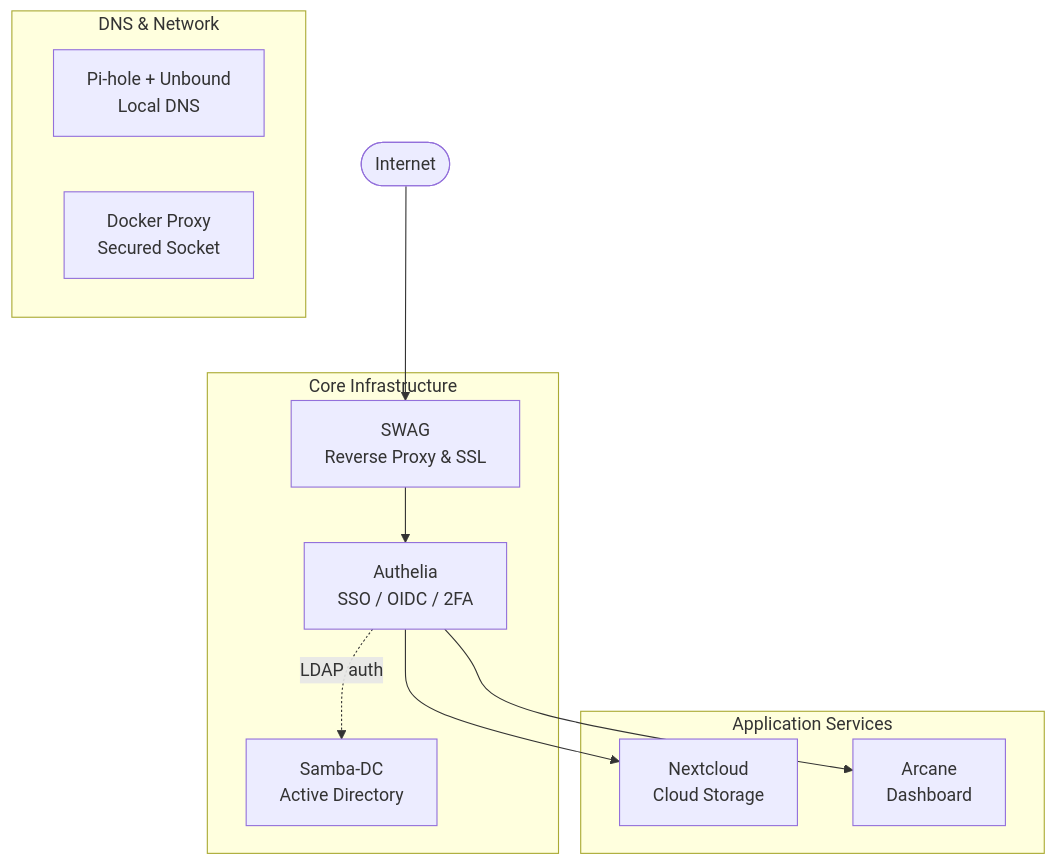
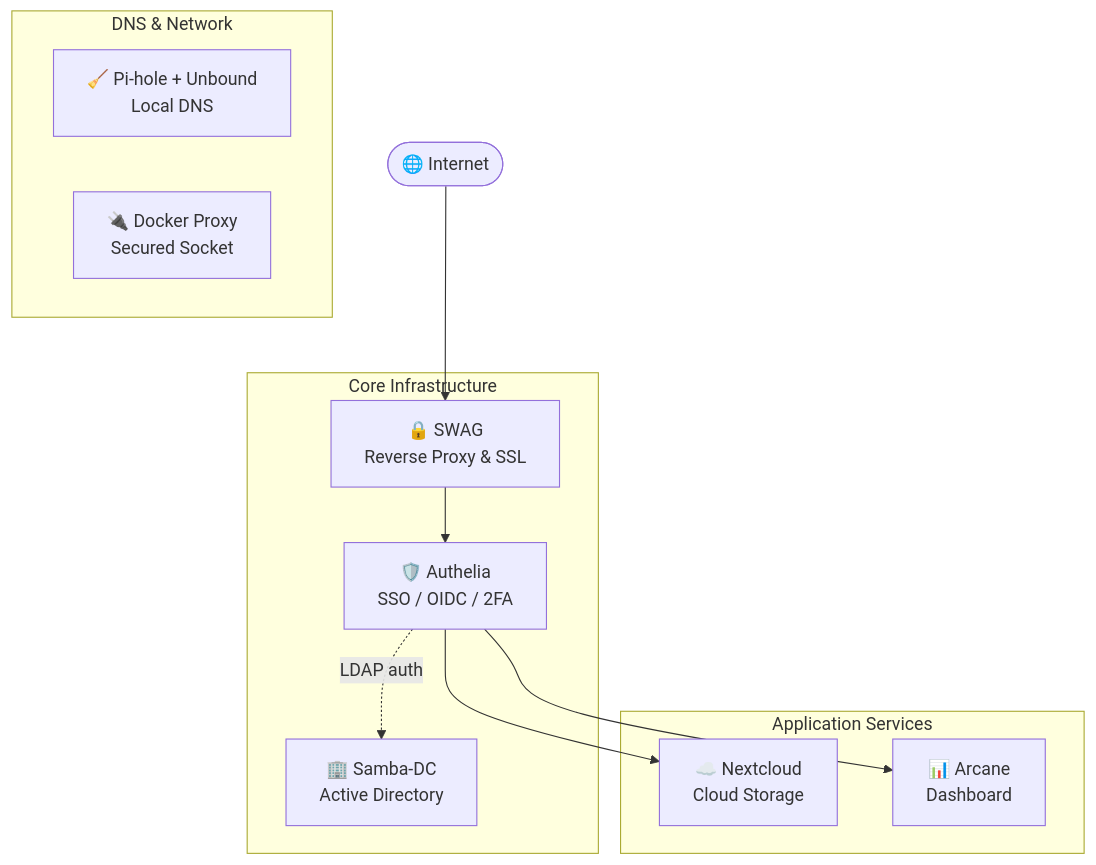
The diagram in README.md (dmuiX/Docker-Compose-Infrastructure-Stack), drawn with Mermaid before and after one commit. The commit also changed other lines of this file, not shown here.

````diff
--- a/README.md
+++ b/README.md
@@ -27,22 +27,22 @@
 ```mermaid
 graph TD
-    Internet([Internet])
+    Internet(["🌐 Internet"])
 
     Internet --> SWAG
 
     subgraph Core Infrastructure
-        SWAG[SWAG<br/>Reverse Proxy & SSL]
-        SWAG --> Authelia[Authelia<br/>SSO / OIDC / 2FA]
-        Authelia -.->|LDAP auth| SambaDC[Samba-DC<br/>Active Directory]
+        SWAG["🔒 SWAG<br/>Reverse Proxy & SSL"]
+        SWAG --> Authelia["🛡️ Authelia<br/>SSO / OIDC / 2FA"]
+        Authelia -.->|LDAP auth| SambaDC["🏢 Samba-DC<br/>Active Directory"]
     end
 
     subgraph Application Services
-        Authelia --> Nextcloud[Nextcloud<br/>Cloud Storage]
-        Authelia --> Arcane[Arcane<br/>Dashboard]
+        Authelia --> Nextcloud["☁️ Nextcloud<br/>Cloud Storage"]
+        Authelia --> Arcane["📊 Arcane<br/>Dashboard"]
     end
 
     subgraph DNS & Network
-        Pihole[Pi-hole + Unbound<br/>Local DNS]
-        Dockerproxy[Docker Proxy<br/>Secured Socket]
+        Pihole["🧹 Pi-hole + Unbound<br/>Local DNS"]
+        Dockerproxy["🔌 Docker Proxy<br/>Secured Socket"]
     end
 ```
````
